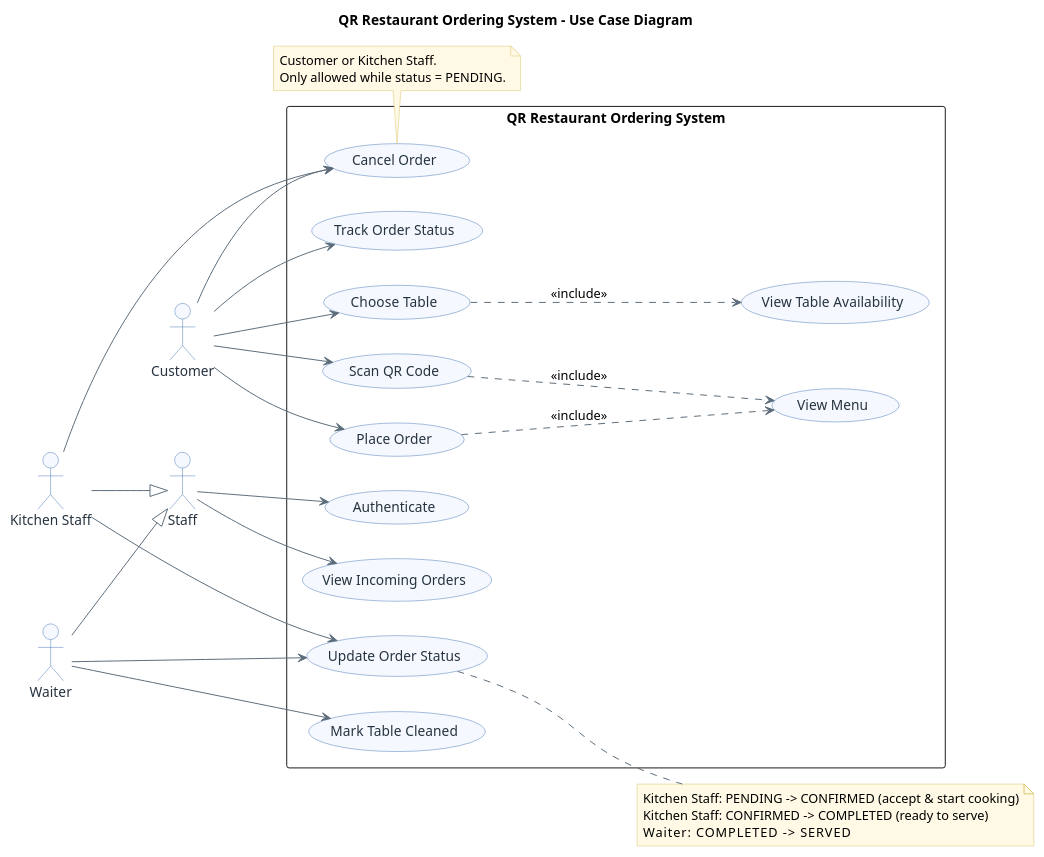
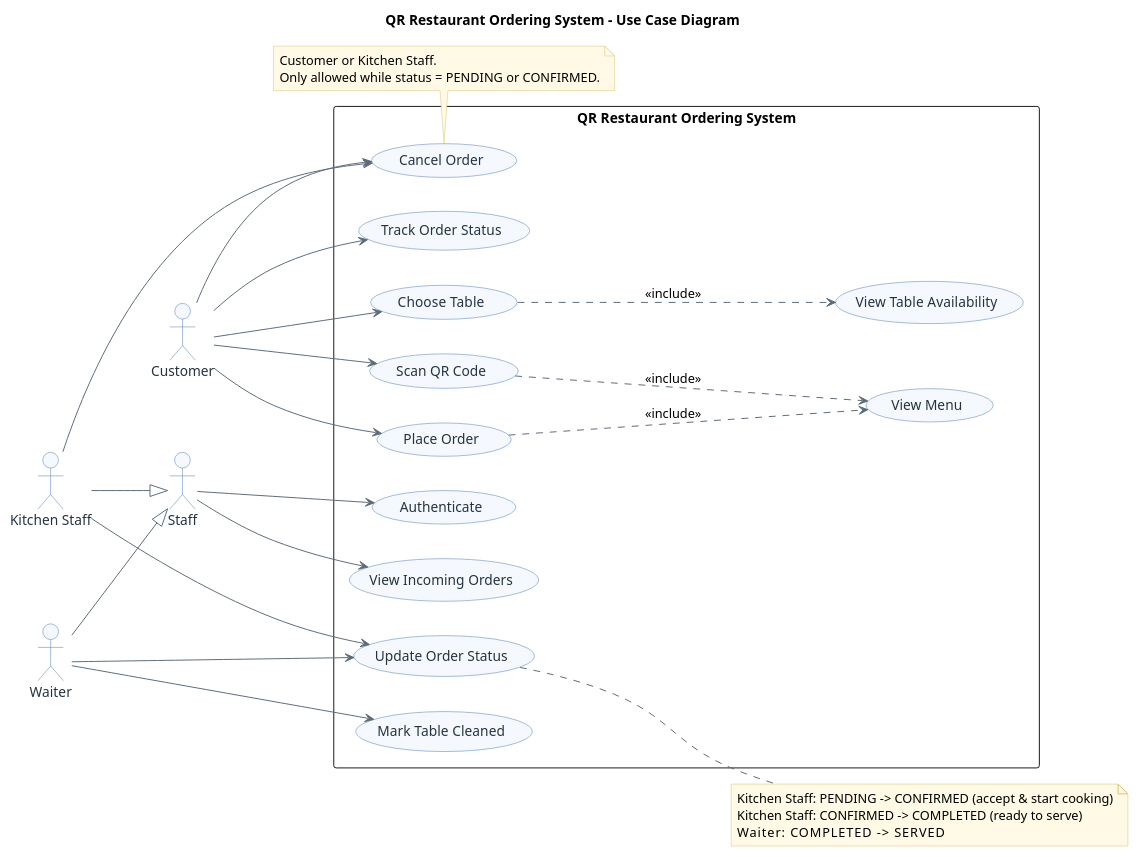
One commit to zawnaylin/gisma-advance-programming-assessment changed the diagram in docs/use-case.puml. Above: the diagram before and after it, drawn with PlantUML. The commit also changed 42 other files, not shown here.

```diff
--- a/docs/use-case.puml
+++ b/docs/use-case.puml
@@ -1,86 +1,86 @@
 @startuml use-case
 title QR Restaurant Ordering System - Use Case Diagram
 
 left to right direction
 skinparam shadowing false
 skinparam packageStyle rectangle
 skinparam usecase {
   BackgroundColor #F5F9FF
   BorderColor #4A78B5
   ArrowColor #5B6B79
   FontColor #26333F
 }
 skinparam actor {
   BorderColor #4A78B5
   BackgroundColor #F5F9FF
   FontColor #26333F
 }
 skinparam note {
   BackgroundColor #FFF9E6
   BorderColor #D8C46A
 }
 
 actor Customer as c
 actor Staff as staff
 actor "Kitchen Staff" as ks
 actor Waiter as w
 
 ks --|> staff
 w --|> staff
 
 rectangle "QR Restaurant Ordering System" {
 
   ' -- dining flow --
   usecase "Choose Table"            as choose_table
   usecase "View Table Availability" as view_table
   usecase "Scan QR Code"            as scan_qr
   usecase "View Menu"               as view_menu
   usecase "Place Order"             as place_order
   usecase "Track Order Status"      as track_order
 
   ' -- staff flow --
   usecase "Authenticate"            as authenticate
   usecase "View Incoming Orders"    as view_orders
   usecase "Update Order Status"     as update_status
   usecase "Cancel Order"            as cancel_order
 
   ' -- table lifecycle --
   usecase "Mark Table Cleaned"      as clean_table
 }
 
 ' keep customer on the left, staff on the right
 c -[hidden]right- staff
 
 ' ---- customer flow ----
 c --> choose_table
 choose_table ..> view_table : <<include>>
 
 c --> scan_qr
 scan_qr ..> view_menu : <<include>>
 
 c --> place_order
 place_order ..> view_menu : <<include>>
 
 c --> track_order
 c --> cancel_order
 
 ' ---- staff flow ----
 staff --> authenticate
 staff --> view_orders
 ks --> update_status
 w --> update_status
 ks --> cancel_order
 w --> clean_table
 
 note right of update_status
   Kitchen Staff: PENDING -> CONFIRMED (accept & start cooking)
   Kitchen Staff: CONFIRMED -> COMPLETED (ready to serve)
   Waiter:        COMPLETED -> SERVED
 end note
 
 note bottom of cancel_order
   Customer or Kitchen Staff.
-  Only allowed while status = PENDING.
+  Only allowed while status = PENDING or CONFIRMED.
 end note
 
 @enduml
```
